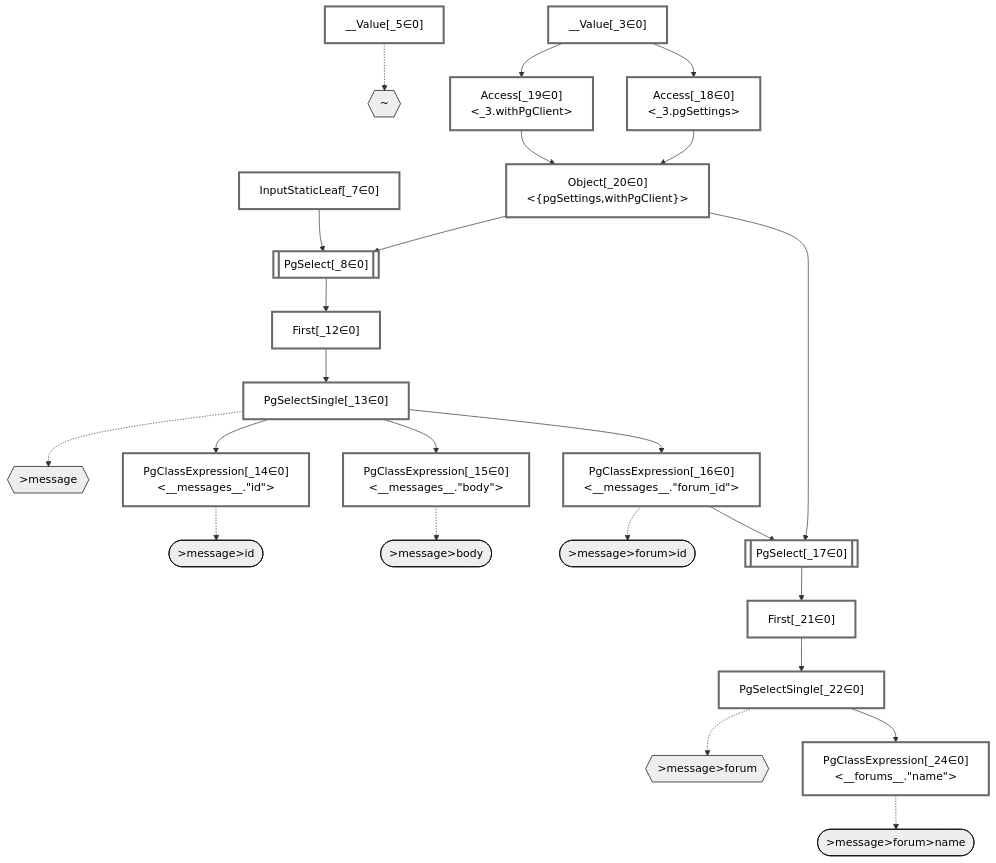
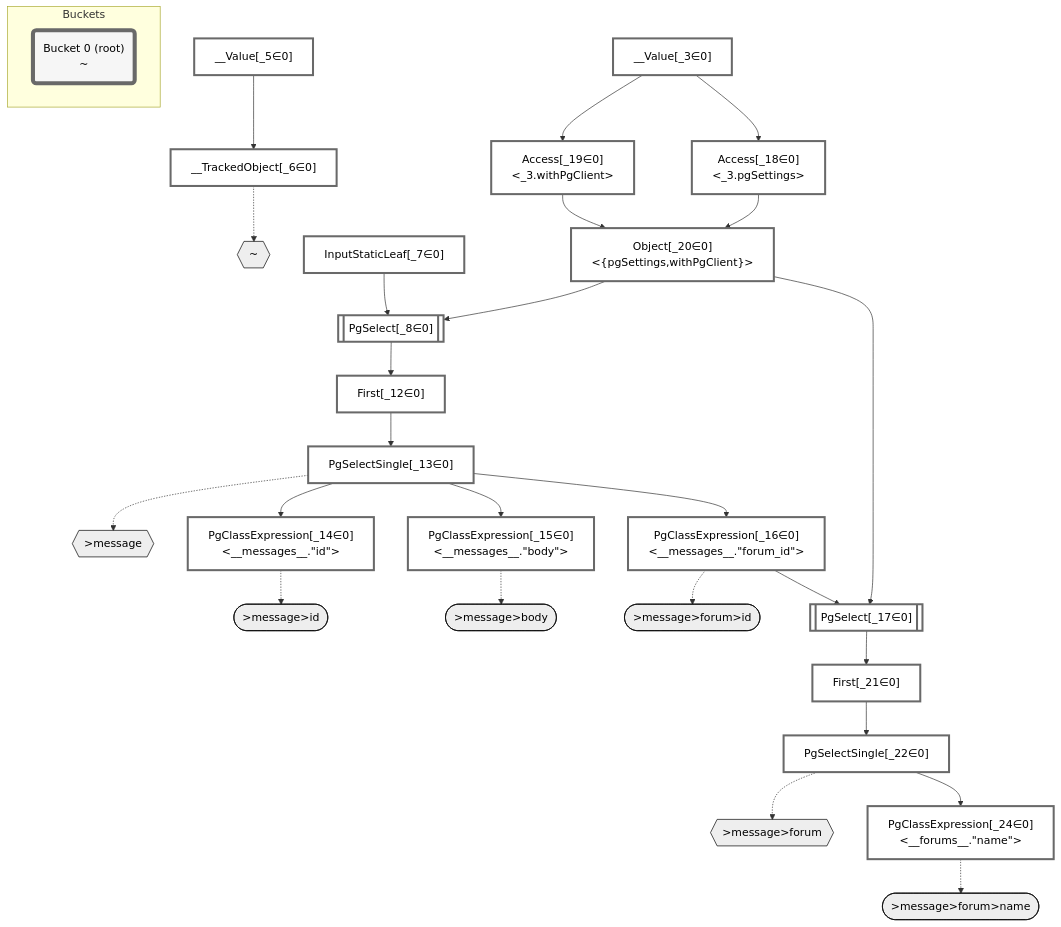
The diagram in packages/dataplan-pg/__tests__/queries/relations/basics.deopt.mermaid.md (graphile/crystal), drawn with Mermaid before and after one commit. The commit also changed 195 other files, not shown here.

````diff
--- a/packages/dataplan-pg/__tests__/queries/relations/basics.deopt.mermaid.md
+++ b/packages/dataplan-pg/__tests__/queries/relations/basics.deopt.mermaid.md
@@ -1,72 +1,80 @@
 ```mermaid
 graph TD
     classDef path fill:#eee,stroke:#000,color:#000
     classDef plan fill:#fff,stroke-width:3px,color:#000
     classDef itemplan fill:#fff,stroke-width:6px,color:#000
     classDef sideeffectplan fill:#f00,stroke-width:6px,color:#000
+    classDef bucket fill:#f6f6f6,color:#000,stroke-width:6px
 
     %% subgraph fields
     P1{{"~"}}:::path
     P2{{">message"}}:::path
     P3([">message>id"]):::path
     %% P2 -.-> P3
     P4([">message>body"]):::path
     %% P2 -.-> P4
     P5{{">message>forum"}}:::path
     P6([">message>forum>id"]):::path
     %% P5 -.-> P6
     P7([">message>forum>name"]):::path
     %% P5 -.-> P7
     %% P2 -.-> P5
     %% P1 -.-> P2
     %% end
 
     %% define plans
     __Value_3["__Value[_3∈0]<br /><context>"]:::plan
     __Value_5["__Value[_5∈0]<br /><rootValue>"]:::plan
+    __TrackedObject_6["__TrackedObject[_6∈0]"]:::plan
     InputStaticLeaf_7["InputStaticLeaf[_7∈0]"]:::plan
     PgSelect_8[["PgSelect[_8∈0]<br /><messages>"]]:::plan
     First_12["First[_12∈0]"]:::plan
     PgSelectSingle_13["PgSelectSingle[_13∈0]<br /><messages>"]:::plan
     PgClassExpression_14["PgClassExpression[_14∈0]<br /><__messages__.#quot;id#quot;>"]:::plan
     PgClassExpression_15["PgClassExpression[_15∈0]<br /><__messages__.#quot;body#quot;>"]:::plan
     PgClassExpression_16["PgClassExpression[_16∈0]<br /><__messages__.#quot;forum_id#quot;>"]:::plan
     PgSelect_17[["PgSelect[_17∈0]<br /><forums>"]]:::plan
     Access_18["Access[_18∈0]<br /><_3.pgSettings>"]:::plan
     Access_19["Access[_19∈0]<br /><_3.withPgClient>"]:::plan
     Object_20["Object[_20∈0]<br /><{pgSettings,withPgClient}>"]:::plan
     First_21["First[_21∈0]"]:::plan
     PgSelectSingle_22["PgSelectSingle[_22∈0]<br /><forums>"]:::plan
     PgClassExpression_24["PgClassExpression[_24∈0]<br /><__forums__.#quot;name#quot;>"]:::plan
 
     %% plan dependencies
+    __Value_5 --> __TrackedObject_6
     Object_20 --> PgSelect_8
     InputStaticLeaf_7 --> PgSelect_8
     PgSelect_8 --> First_12
     First_12 --> PgSelectSingle_13
     PgSelectSingle_13 --> PgClassExpression_14
     PgSelectSingle_13 --> PgClassExpression_15
     PgSelectSingle_13 --> PgClassExpression_16
     Object_20 --> PgSelect_17
     PgClassExpression_16 --> PgSelect_17
     __Value_3 --> Access_18
     __Value_3 --> Access_19
     Access_18 --> Object_20
     Access_19 --> Object_20
     PgSelect_17 --> First_21
     First_21 --> PgSelectSingle_22
     PgSelectSingle_22 --> PgClassExpression_24
 
     %% plan-to-path relationships
-    __Value_5 -.-> P1
+    __TrackedObject_6 -.-> P1
     PgSelectSingle_13 -.-> P2
     PgClassExpression_14 -.-> P3
     PgClassExpression_15 -.-> P4
     PgSelectSingle_22 -.-> P5
     PgClassExpression_16 -.-> P6
     PgClassExpression_24 -.-> P7
 
     %% allocate buckets
     classDef bucket0 stroke:#696969
-    class __Value_3,__Value_5,InputStaticLeaf_7,PgSelect_8,First_12,PgSelectSingle_13,PgClassExpression_14,PgClassExpression_15,PgClassExpression_16,PgSelect_17,Access_18,Access_19,Object_20,First_21,PgSelectSingle_22,PgClassExpression_24 bucket0
+    class __Value_3,__Value_5,__TrackedObject_6,InputStaticLeaf_7,PgSelect_8,First_12,PgSelectSingle_13,PgClassExpression_14,PgClassExpression_15,PgClassExpression_16,PgSelect_17,Access_18,Access_19,Object_20,First_21,PgSelectSingle_22,PgClassExpression_24 bucket0
+
+    subgraph Buckets
+    Bucket0("Bucket 0 (root)<br />~"):::bucket
+    style Bucket0 stroke:#696969
+    end
 ```
````
